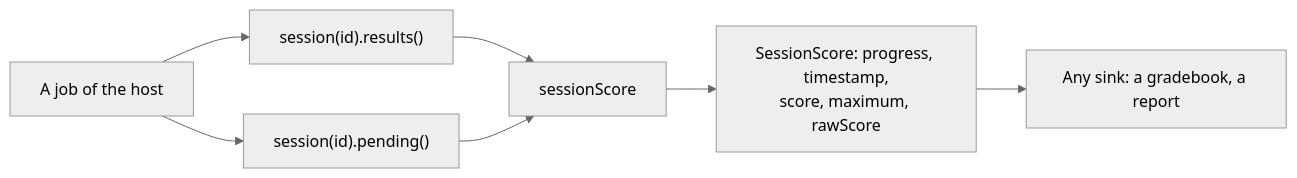
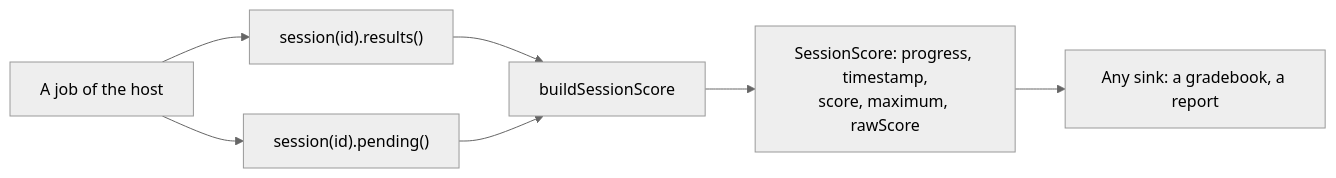
The second of 2 diagrams in docs/player/scoring.md (assesskit/assesskit), drawn with Mermaid (neutral theme) before and after one commit. The commit also changed other lines of this file and 80 other files, not shown here.

````diff
--- a/docs/player/scoring.md
+++ b/docs/player/scoring.md
@@ -173,9 +173,9 @@
 ```mermaid
 flowchart LR
   J[A job of the host] --> R["session(id).results()"]
   J --> P["session(id).pending()"]
-  R --> S[sessionScore]
+  R --> S[buildSessionScore]
   P --> S
   S --> O["SessionScore: progress, timestamp,<br/>score, maximum, rawScore"]
   O --> G[Any sink: a gradebook, a report]
 ```
````
